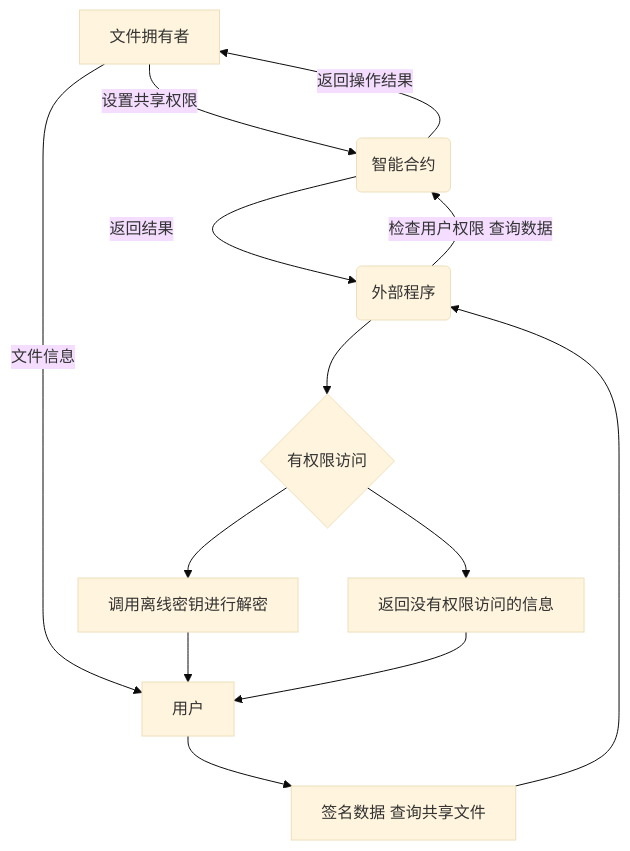
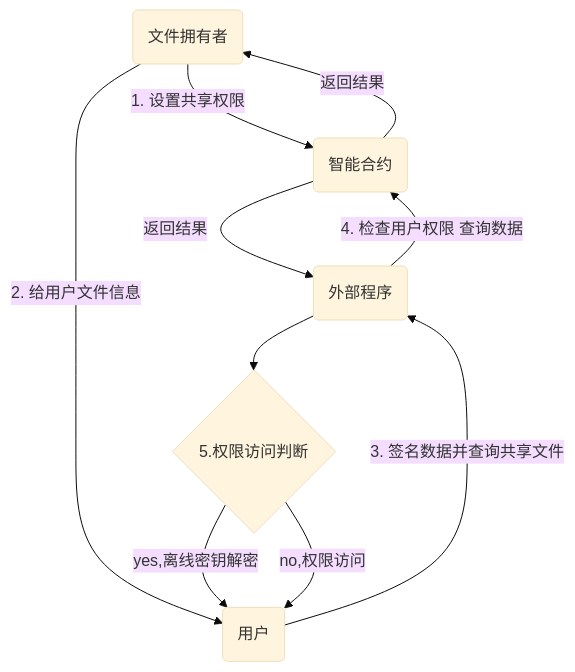
The fourth of 5 diagrams in doc/合约存取共享.md (MoyunRz/store-data), drawn with Mermaid (base theme) before and after one commit. The commit also changed other lines of this file, not shown here.

Commit message:
流程图修改

````diff
--- a/doc/合约存取共享.md
+++ b/doc/合约存取共享.md
@@ -90,14 +91,13 @@
 ```mermaid
 graph TD;
-    A[文件拥有者] -->|设置共享权限| B(智能合约)
-    B -->|返回操作结果| A
-    A -->|文件信息| C
-    C[用户] --> D["签名数据 查询共享文件"] 
-    D --> E(外部程序)
-    E -->|检查用户权限 查询数据| B(智能合约)
+    A(文件拥有者) -->|1. 设置共享权限| B(智能合约)
+    B -->|返回结果| A
+    A -->|2. 给用户文件信息| C
+    C(用户) -->| 3. 签名数据并查询共享文件| E(外部程序)
+    E -->|4. 检查用户权限 查询数据| B(智能合约)
     B -->|返回结果|E
-    E--> G{有权限访问} 
-    G --> I["调用离线密钥进行解密"] --> C
-    G --> J["返回没有权限访问的信息"]--> C
+    E --> F{5.权限访问判断} 
+    F -->|yes,离线密钥解密| C
+    F -->|no,权限访问| C
 
 ```
````
